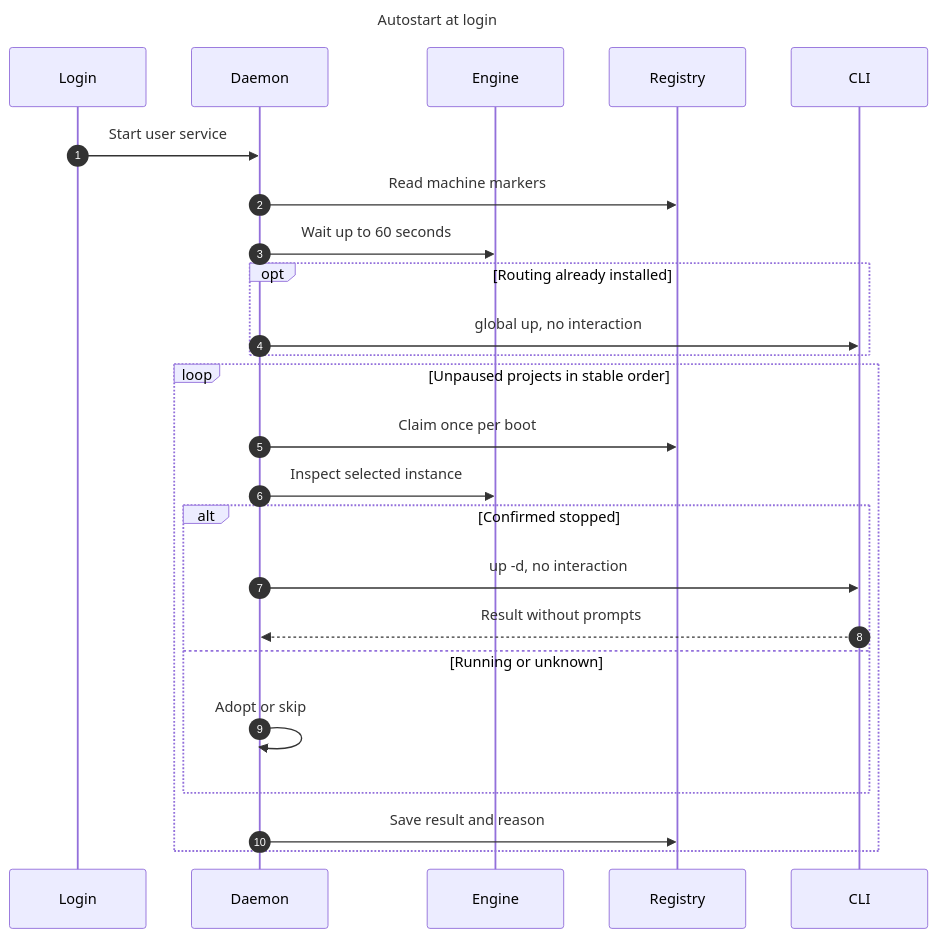
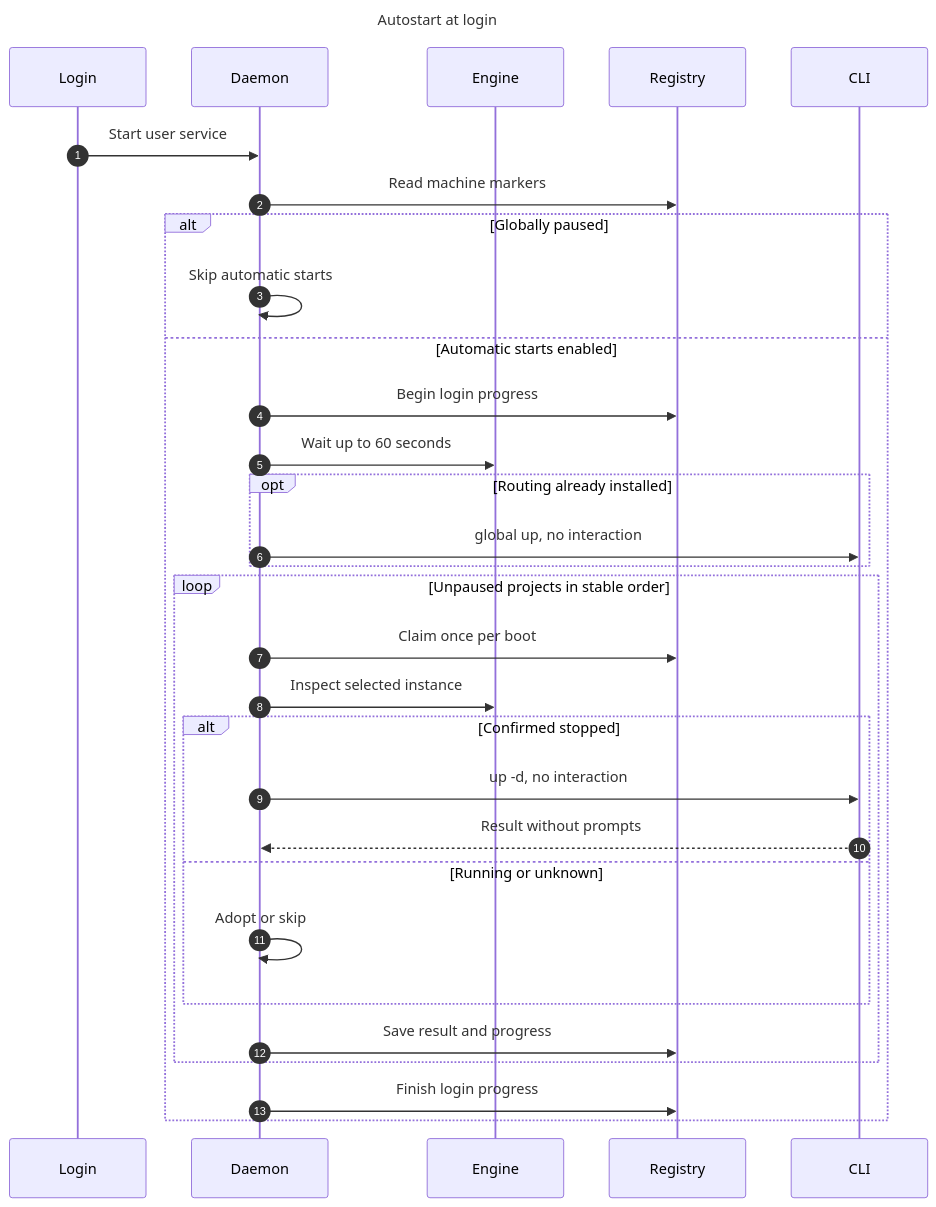
The diagram in docs/diagrams/autostart-login.mmd (hack-dance/hack), drawn with Mermaid before and after one commit. The commit also changed 18 other files, not shown here.

Commit message:
feat(autostart): expose desktop policy and login progress contract

```diff
--- a/docs/diagrams/autostart-login.mmd
+++ b/docs/diagrams/autostart-login.mmd
@@ -1,27 +1,33 @@
 ---
 title: Autostart at login
 ---
 sequenceDiagram
   autonumber
   participant Login
   participant Daemon
   participant Engine
   participant Registry
   participant CLI
   Login->>Daemon: Start user service
   Daemon->>Registry: Read machine markers
+  alt Globally paused
+    Daemon->>Daemon: Skip automatic starts
+  else Automatic starts enabled
+  Daemon->>Registry: Begin login progress
   Daemon->>Engine: Wait up to 60 seconds
   opt Routing already installed
     Daemon->>CLI: global up, no interaction
   end
   loop Unpaused projects in stable order
     Daemon->>Registry: Claim once per boot
     Daemon->>Engine: Inspect selected instance
     alt Confirmed stopped
       Daemon->>CLI: up -d, no interaction
       CLI-->>Daemon: Result without prompts
     else Running or unknown
       Daemon->>Daemon: Adopt or skip
     end
-    Daemon->>Registry: Save result and reason
+    Daemon->>Registry: Save result and progress
   end
+  Daemon->>Registry: Finish login progress
+  end
```
